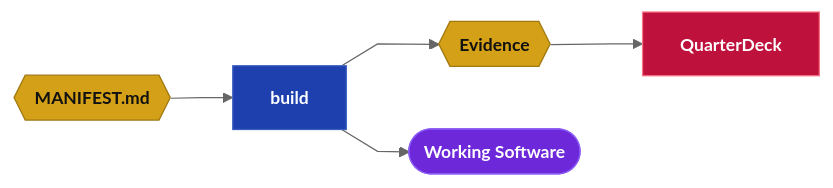
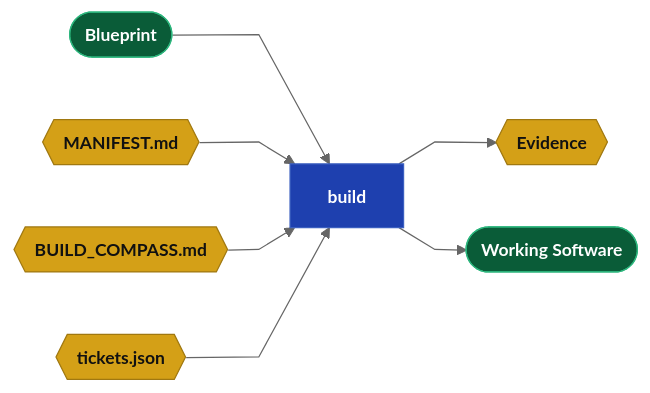
Before and after one commit to webcloudstudio/webcloudstudio: the fourth of 8 diagrams in public/project-docs/drydock/Drydock_Specification.md, drawn with Mermaid. The commit also changed other lines of this file and 20 other files, not shown here.

````diff
--- a/public/project-docs/drydock/Drydock_Specification.md
+++ b/public/project-docs/drydock/Drydock_Specification.md
@@ -347,15 +375,17 @@
 ```mermaid
 %%{init: {'theme': 'neutral', 'flowchart': {'curve': 'linear'}, 'themeVariables': {'fontSize': '14px'}}}%%
 flowchart LR
   classDef dir    fill:#0a5c38,stroke:#2cb67d,color:#fff,font-weight:bold
   classDef md     fill:#d4a017,stroke:#a07810,color:#111,font-weight:bold
   classDef script fill:#1e40af,stroke:#3b5fc0,color:#fff,font-weight:bold
   classDef prompt fill:#c2410c,stroke:#ea580c,color:#fff,font-weight:bold
   classDef output fill:#6d28d9,stroke:#8b5cf6,color:#fff,font-weight:bold
   classDef web    fill:#be123c,stroke:#fb7185,color:#fff,font-weight:bold
 
+  SPEC(["Blueprint"]):::dir --> BUILD["build"]:::script
   BP{{"MANIFEST.md"}}:::md --> BUILD["build"]:::script
+  BCOMPASS{{"BUILD_COMPASS.md"}}:::md --> BUILD
+  TICKETS{{"tickets.json"}}:::md --> BUILD
   BUILD --> EV{{"Evidence"}}:::md
-  EV --> CONSOLE["QuarterDeck"]:::web
-  BUILD --> SOFTWARE(["Working Software"]):::output
+  BUILD --> TARGET(["Working Software"]):::dir
 ```
````
